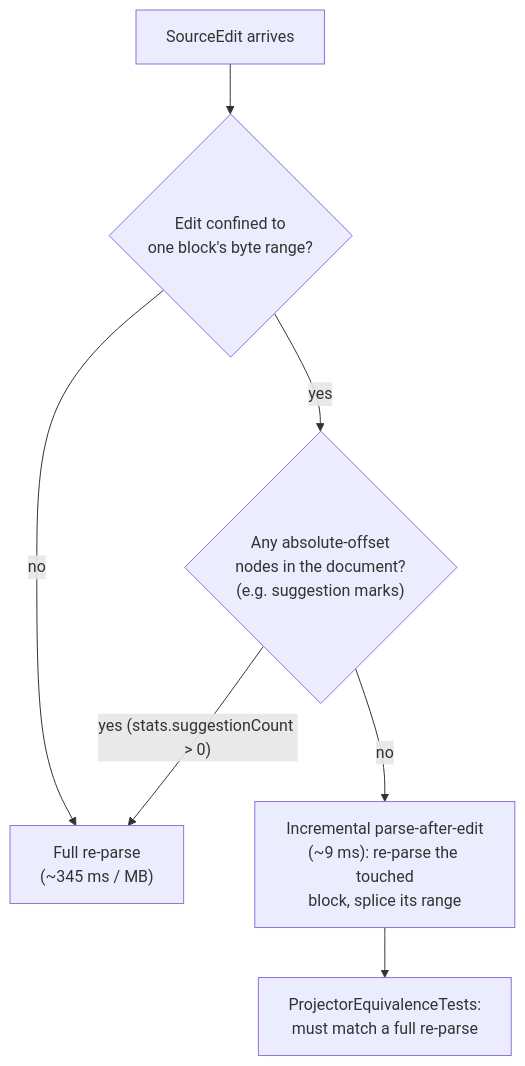
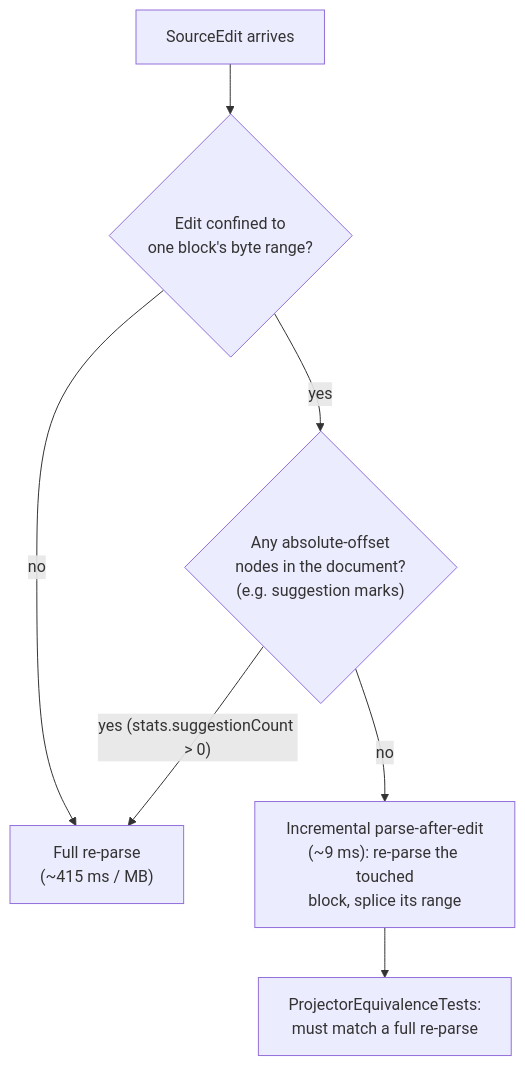
One commit to 2389-research/Quoin changed the fourth of 5 diagrams in README.md. Above: the diagram before and after it, drawn with Mermaid. The commit also changed other lines of this file and 3 other files, not shown here.

````diff
--- a/README.md
+++ b/README.md
@@ -367,9 +376,9 @@
 ```mermaid
 flowchart TD
     e["SourceEdit arrives"] --> q{"Edit confined to<br/>one block's byte range?"}
-    q -->|no| full["Full re-parse<br/>(~345 ms / MB)"]
+    q -->|no| full["Full re-parse<br/>(~415 ms / MB)"]
     q -->|yes| s{"Any absolute-offset<br/>nodes in the document?<br/>(e.g. suggestion marks)"}
     s -->|"yes (stats.suggestionCount > 0)"| full
     s -->|no| fast["Incremental parse-after-edit<br/>(~9 ms): re-parse the touched<br/>block, splice its range"]
     fast --> eq["ProjectorEquivalenceTests:<br/>must match a full re-parse"]
 ```
````
